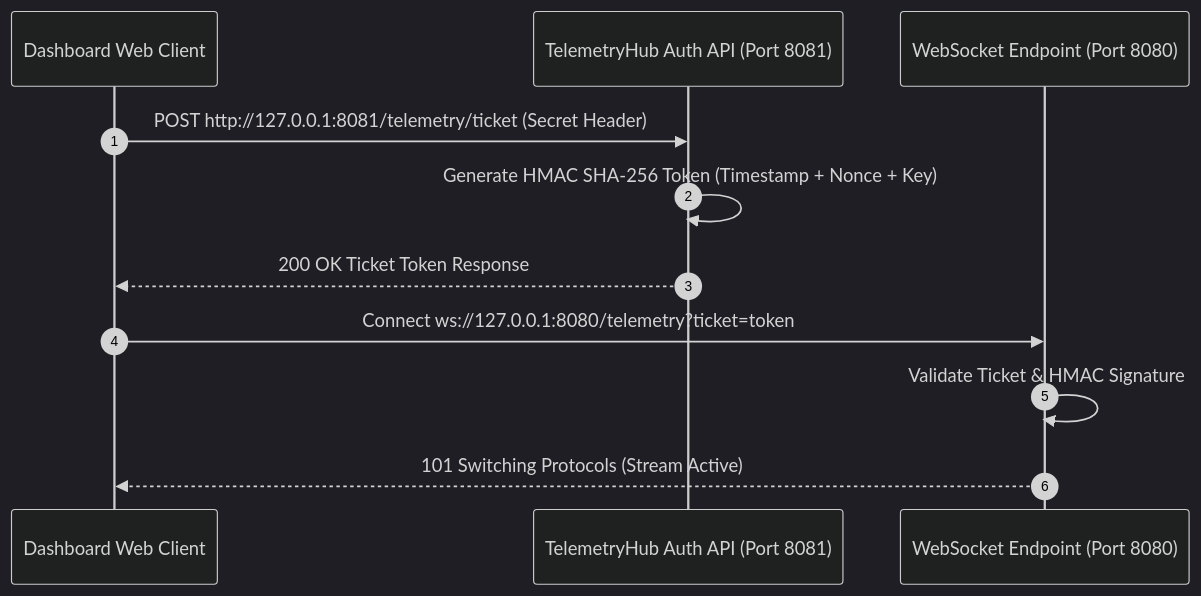
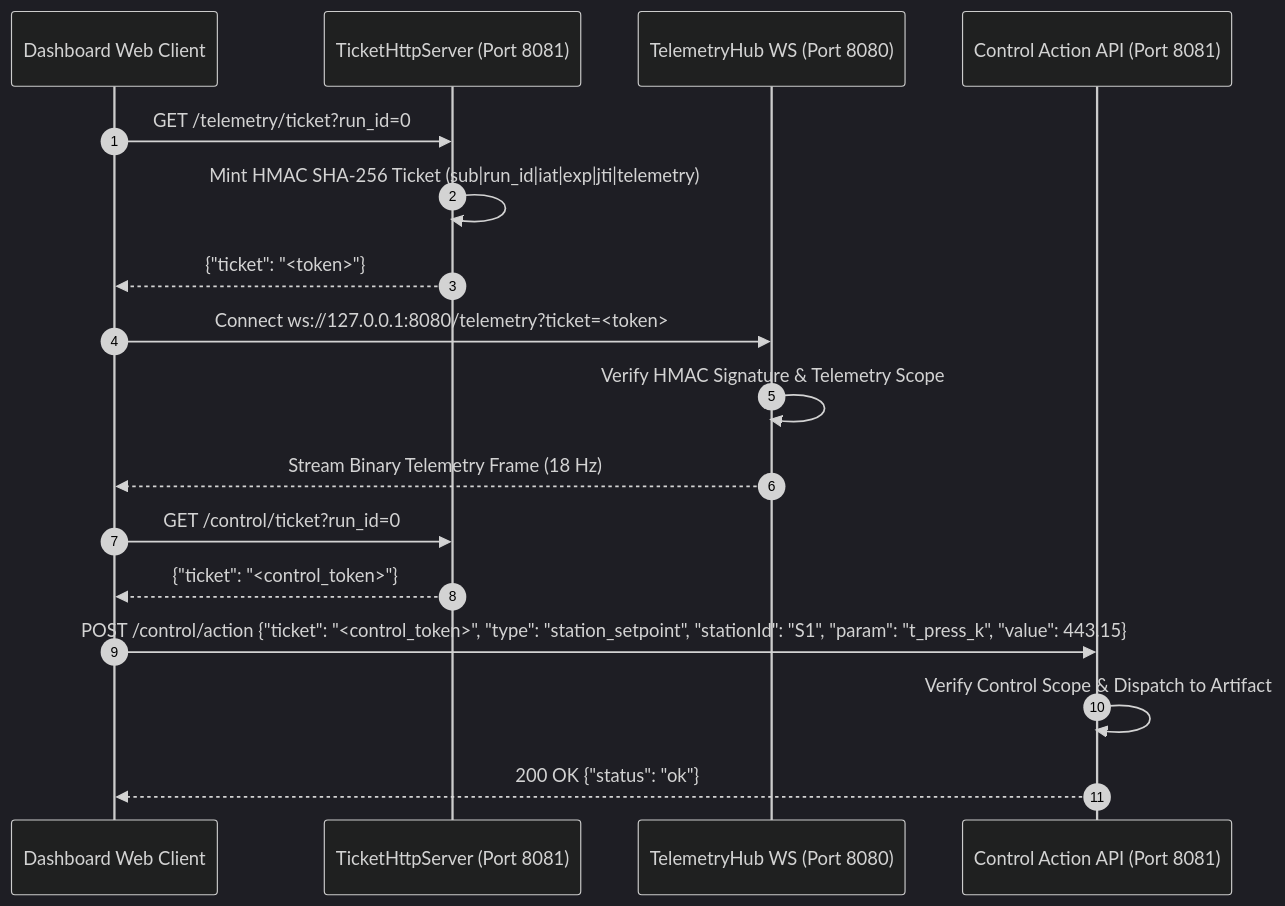
One commit to utczbr/Matrix_Factory changed the diagram in docs/api-and-protocols/websocket-telemetry.md. Above: the diagram before and after it, drawn with Mermaid (dark theme). The commit also changed other lines of this file and 29 other files, not shown here.

````diff
--- a/docs/api-and-protocols/websocket-telemetry.md
+++ b/docs/api-and-protocols/websocket-telemetry.md
@@ -11,14 +14,21 @@
 ```mermaid
 sequenceDiagram
     autonumber
     participant Client as Dashboard Web Client
-    participant Auth as TelemetryHub Auth API (Port 8081)
-    participant WS as WebSocket Endpoint (Port 8080)
+    participant Auth as TicketHttpServer (Port 8081)
+    participant WS as TelemetryHub WS (Port 8080)
+    participant Action as Control Action API (Port 8081)
 
-    Client->>Auth: POST http://127.0.0.1:8081/telemetry/ticket (Secret Header)
-    Auth->>Auth: Generate HMAC SHA-256 Token (Timestamp + Nonce + Key)
-    Auth-->>Client: 200 OK Ticket Token Response
-    Client->>WS: Connect ws://127.0.0.1:8080/telemetry?ticket=token
-    WS->>WS: Validate Ticket & HMAC Signature
-    WS-->>Client: 101 Switching Protocols (Stream Active)
+    Client->>Auth: GET /telemetry/ticket?run_id=0
+    Auth->>Auth: Mint HMAC SHA-256 Ticket (sub|run_id|iat|exp|jti|telemetry)
+    Auth-->>Client: {"ticket": "<token>"}
+    Client->>WS: Connect ws://127.0.0.1:8080/telemetry?ticket=<token>
+    WS->>WS: Verify HMAC Signature & Telemetry Scope
+    WS-->>Client: Stream Binary Telemetry Frame (18 Hz)
+
+    Client->>Auth: GET /control/ticket?run_id=0
+    Auth-->>Client: {"ticket": "<control_token>"}
+    Client->>Action: POST /control/action {"ticket": "<control_token>", "type": "station_setpoint", "stationId": "S1", "param": "t_press_k", "value": 443.15}
+    Action->>Action: Verify Control Scope & Dispatch to Artifact
+    Action-->>Client: 200 OK {"status": "ok"}
 ```
````
